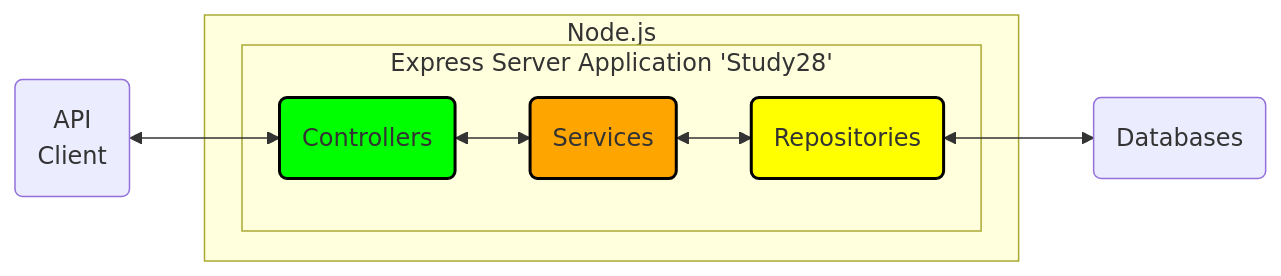
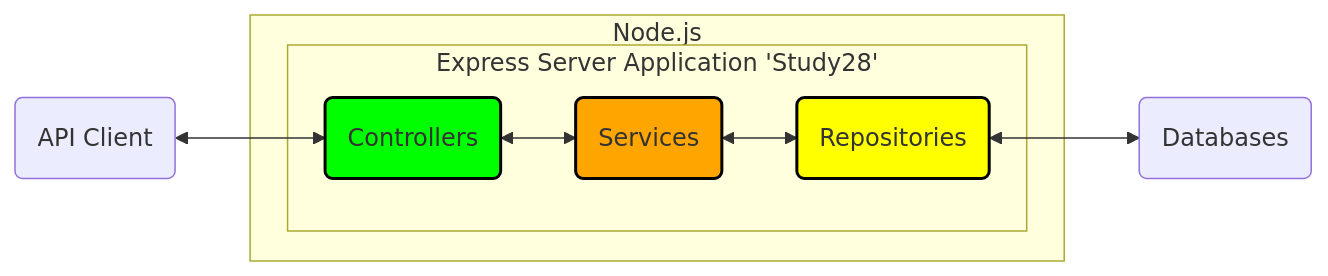
The diagram in docs/README.md (k1729p/Study28), drawn with Mermaid before and after one commit.

````diff
--- a/docs/README.md
+++ b/docs/README.md
@@ -19,22 +19,22 @@
 ```mermaid
 flowchart LR
   CTRL(Controllers):::greenBox
   SERV(Services):::orangeBox
   REPO(Repositories):::yellowBox
-  CLI("API<br>Client")
+  CLI("API Client")
   DB(Databases)
 %% Flows
   CLI <-->CTRL
   subgraph Node.js
     subgraph "Express Server Application 'Study28'"
       CTRL <--> SERV <--> REPO
     end
   end
   REPO <--> DB
 %% Style Definitions
   classDef redBox fill: #ff6666, stroke: #000, stroke-width: 2px
   classDef greenBox fill: #00ff00, stroke: #000, stroke-width: 2px
   classDef cyanBox fill: #00ffff, stroke: #000, stroke-width: 2px
   classDef yellowBox fill: #ffff00, stroke: #000, stroke-width: 2px
   classDef orangeBox  fill: #ffa500,stroke: #000, stroke-width:2px
 ```
````
